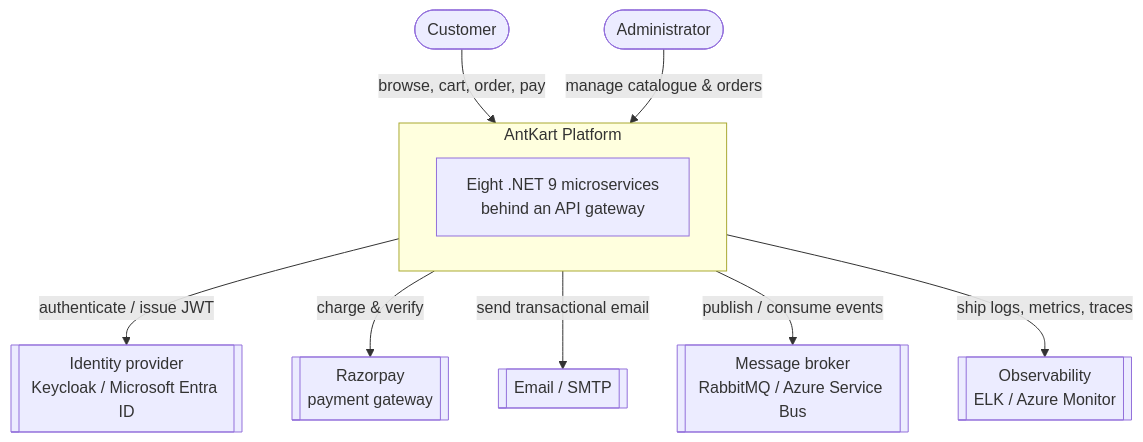
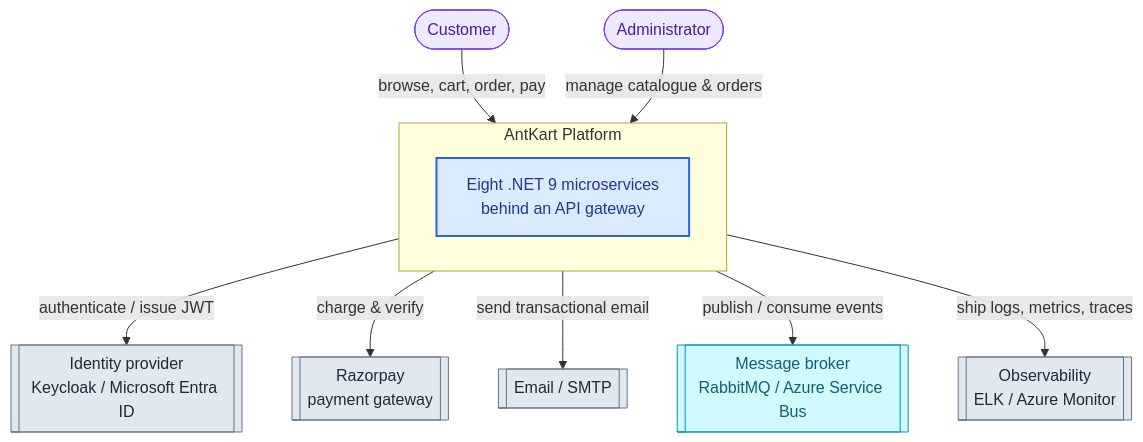
One commit to seesathish/AntKart-Src3 changed the first of 4 diagrams in README.md. Above: the diagram before and after it, drawn with Mermaid. The commit also changed other lines of this file, not shown here.

First line of the commit message:
docs: fix README Mermaid syntax, enrich diagrams, and deepen front-door content

````diff
--- a/README.md
+++ b/README.md
@@ -79,21 +126,33 @@
 ```mermaid
 flowchart TB
-    customer([Customer])
-    admin([Administrator])
+    customer(["Customer"])
+    admin(["Administrator"])
+
     subgraph AK["AntKart Platform"]
       sys["Eight .NET 9 microservices<br/>behind an API gateway"]
     end
+
     idp[["Identity provider<br/>Keycloak / Microsoft Entra ID"]]
     pay[["Razorpay<br/>payment gateway"]]
     mail[["Email / SMTP"]]
     bus[["Message broker<br/>RabbitMQ / Azure Service Bus"]]
     obs[["Observability<br/>ELK / Azure Monitor"]]
 
     customer -->|browse, cart, order, pay| AK
     admin -->|manage catalogue & orders| AK
     AK -->|authenticate / issue JWT| idp
     AK -->|charge & verify| pay
     AK -->|send transactional email| mail
     AK -->|publish / consume events| bus
     AK -->|ship logs, metrics, traces| obs
+
+    classDef actor fill:#ede9fe,stroke:#7c3aed,stroke-width:1px,color:#4c1d95
+    classDef platform fill:#dbeafe,stroke:#2563eb,stroke-width:2px,color:#1e3a8a
+    classDef external fill:#e2e8f0,stroke:#64748b,stroke-width:1px,color:#1e293b
+    classDef broker fill:#cffafe,stroke:#0891b2,stroke-width:1px,color:#155e75
+
+    class customer,admin actor
+    class sys platform
+    class idp,pay,mail,obs external
+    class bus broker
 ```
````
